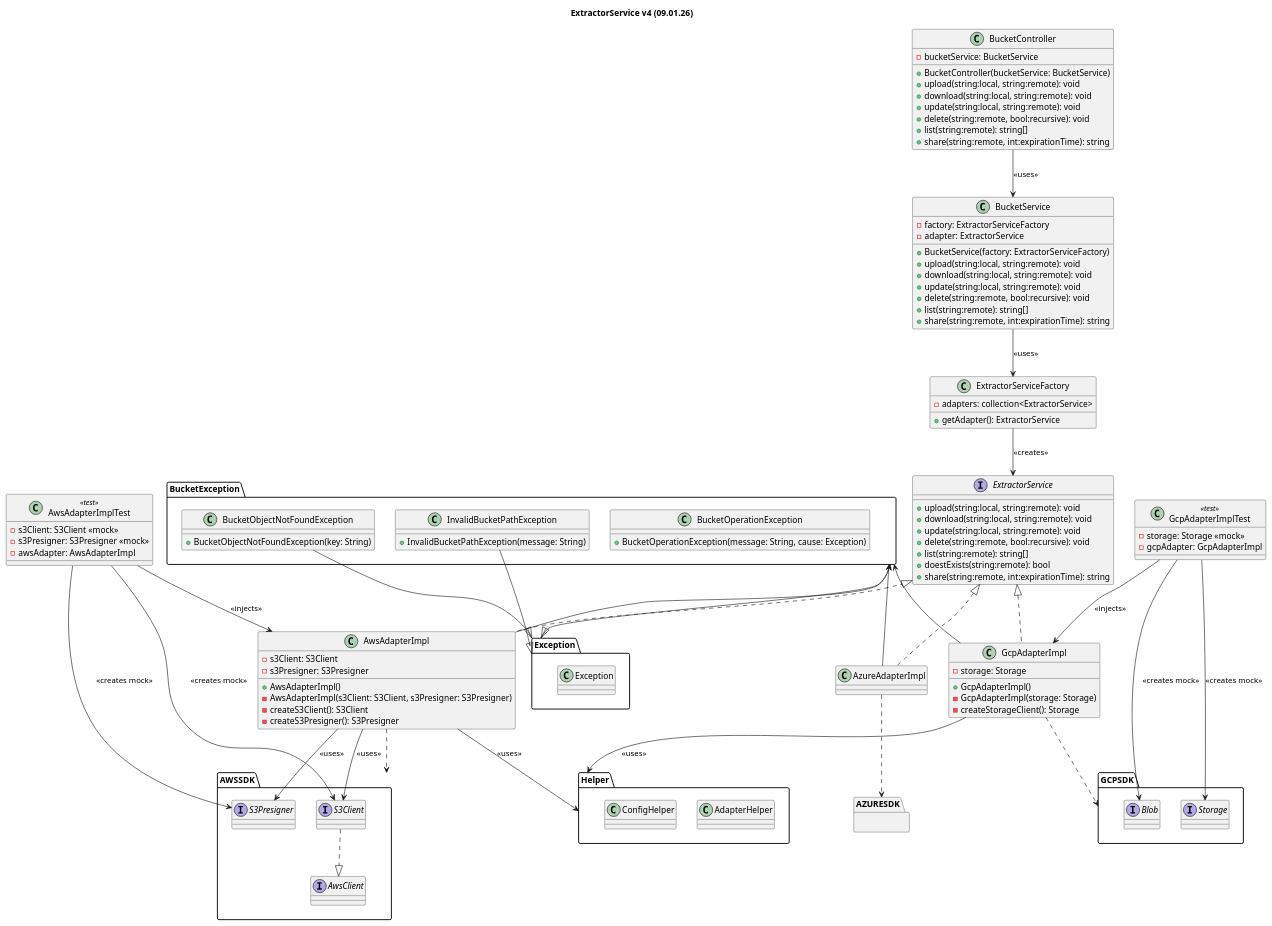
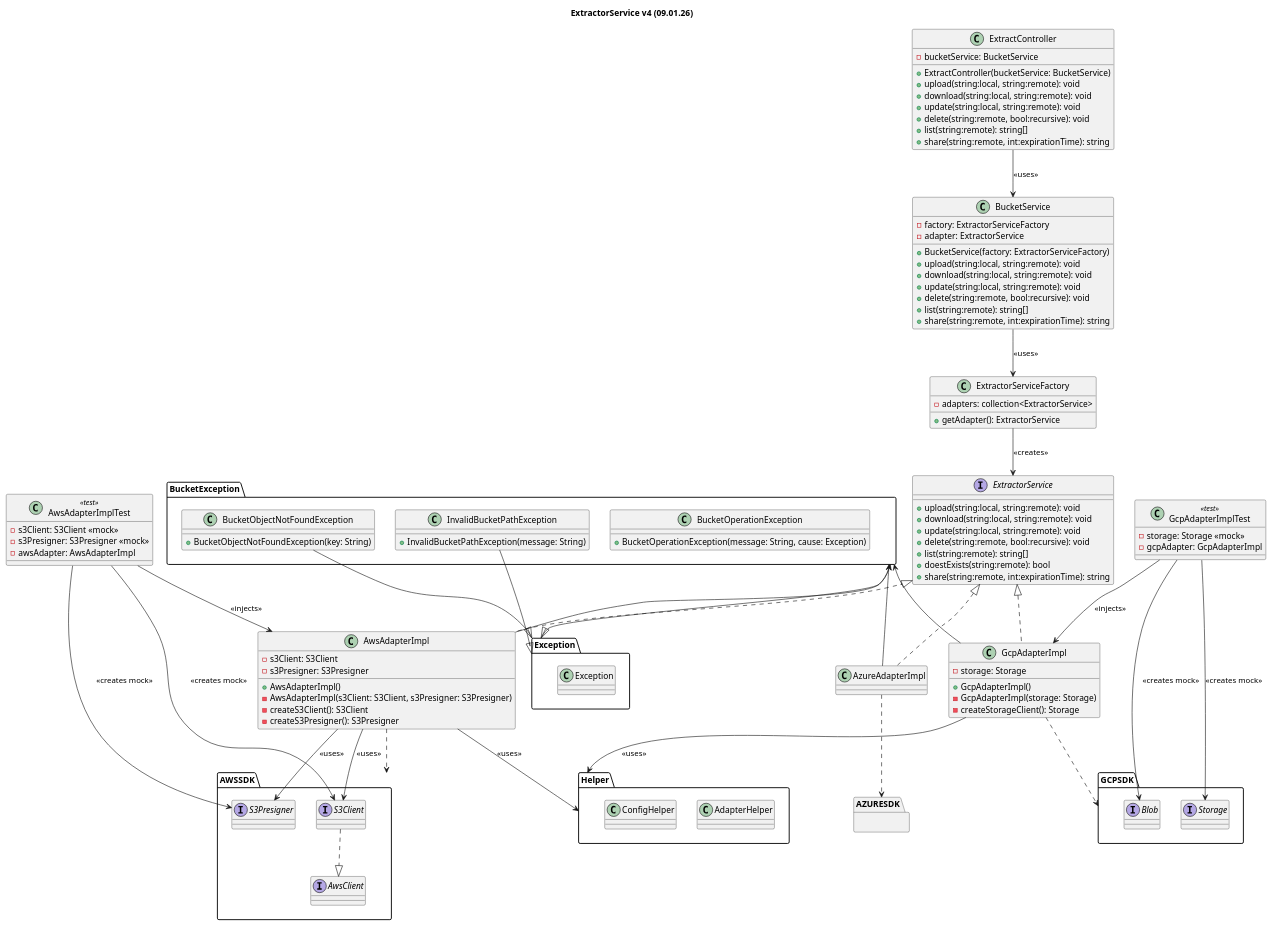
The diagram in docs/class-diagram.puml (CPNV-ES-BI-RIA-PROJECT/ria2-extract), drawn with PlantUML before and after one commit. The commit also changed 2 other files, not shown here.

Commit message:
docs: updated controller name

```diff
--- a/docs/class-diagram.puml
+++ b/docs/class-diagram.puml
@@ -1,152 +1,152 @@
 @startuml ExtractorService
 title ExtractorService v4 (09.01.26)
 
-class BucketController {
+class ExtractController {
     - bucketService: BucketService
 
-    + BucketController(bucketService: BucketService)
+    + ExtractController(bucketService: BucketService)
     + upload(string:local, string:remote): void
     + download(string:local, string:remote): void
     + update(string:local, string:remote): void
     + delete(string:remote, bool:recursive): void
     + list(string:remote): string[]
     + share(string:remote, int:expirationTime): string
 }
 
 class BucketService {
     - factory: ExtractorServiceFactory
     - adapter: ExtractorService
 
     + BucketService(factory: ExtractorServiceFactory)
     + upload(string:local, string:remote): void
     + download(string:local, string:remote): void
     + update(string:local, string:remote): void
     + delete(string:remote, bool:recursive): void
     + list(string:remote): string[]
     + share(string:remote, int:expirationTime): string
 }
 
 class ExtractorServiceFactory {
     - adapters: collection<ExtractorService>
 
     + getAdapter(): ExtractorService
 }
 
 interface ExtractorService {
     + upload(string:local, string:remote): void
     + download(string:local, string:remote): void
     + update(string:local, string:remote): void
     + delete(string:remote, bool:recursive): void
     + list(string:remote): string[]
     + doestExists(string:remote): bool
     + share(string:remote, int:expirationTime): string
 }
 
 class AzureAdapterImpl
 
 class GcpAdapterImpl {
     - storage: Storage
 
     + GcpAdapterImpl()
     - GcpAdapterImpl(storage: Storage)
     - createStorageClient(): Storage
 }
 
 class AwsAdapterImpl {
     - s3Client: S3Client
     - s3Presigner: S3Presigner
 
     + AwsAdapterImpl()
     - AwsAdapterImpl(s3Client: S3Client, s3Presigner: S3Presigner)
     - createS3Client(): S3Client
     - createS3Presigner(): S3Presigner
 }
 
 package Helper {
     class AdapterHelper {}
     class ConfigHelper {}
 }
 
 ' ---- SDK ----
 package AWSSDK {
     interface S3Client
     interface S3Presigner
     interface AwsClient
 }
 
 package GCPSDK {
     interface Storage
     interface Blob
 }
 
 package AZURESDK {}
 
 ' ---- Exception ----
 package BucketException {
     class BucketOperationException {
         + BucketOperationException(message: String, cause: Exception)
     }
 
     class BucketObjectNotFoundException {
         + BucketObjectNotFoundException(key: String)
     }
 
     class InvalidBucketPathException {
         + InvalidBucketPathException(message: String)
     }
 }
 
 package Exception {
     class Exception
 }
 
 ' ---- Relationships ----
-BucketController --> BucketService : <<uses>>
+ExtractController --> BucketService : <<uses>>
 BucketService --> ExtractorServiceFactory : <<uses>>
 ExtractorServiceFactory --> ExtractorService : <<creates>>
 
 ExtractorService <|.. AwsAdapterImpl
 ExtractorService <|.. GcpAdapterImpl
 ExtractorService <|.. AzureAdapterImpl
 
 BucketException <-- AwsAdapterImpl
 BucketException <-- GcpAdapterImpl
 BucketException <-- AzureAdapterImpl
 
 BucketException --|> Exception
 BucketObjectNotFoundException --|> Exception
 InvalidBucketPathException --|> Exception
 
 GcpAdapterImpl --> Helper : <<uses>>
 AwsAdapterImpl --> Helper : <<uses>>
 
 ' Dependency Injection instead of instantiation
 AwsAdapterImpl --> S3Client : <<uses>>
 AwsAdapterImpl --> S3Presigner : <<uses>>
 S3Client ..|> AwsClient
 
 AwsAdapterImpl ..> AWSSDK
 GcpAdapterImpl ..> GCPSDK
 AzureAdapterImpl ..> AZURESDK
 
 ' ---- Test ----
 class AwsAdapterImplTest <<test>> {
     - s3Client: S3Client <<mock>>
     - s3Presigner: S3Presigner <<mock>>
     - awsAdapter: AwsAdapterImpl
 }
 
 class GcpAdapterImplTest <<test>> {
     - storage: Storage <<mock>>
     - gcpAdapter: GcpAdapterImpl
 }
 
 AwsAdapterImplTest --> AwsAdapterImpl : <<injects>>
 AwsAdapterImplTest --> S3Client : <<creates mock>>
 AwsAdapterImplTest --> S3Presigner : <<creates mock>>
 
 GcpAdapterImplTest --> GcpAdapterImpl : <<injects>>
 GcpAdapterImplTest --> Storage : <<creates mock>>
 GcpAdapterImplTest --> Blob : <<creates mock>>
 
 @enduml
```
